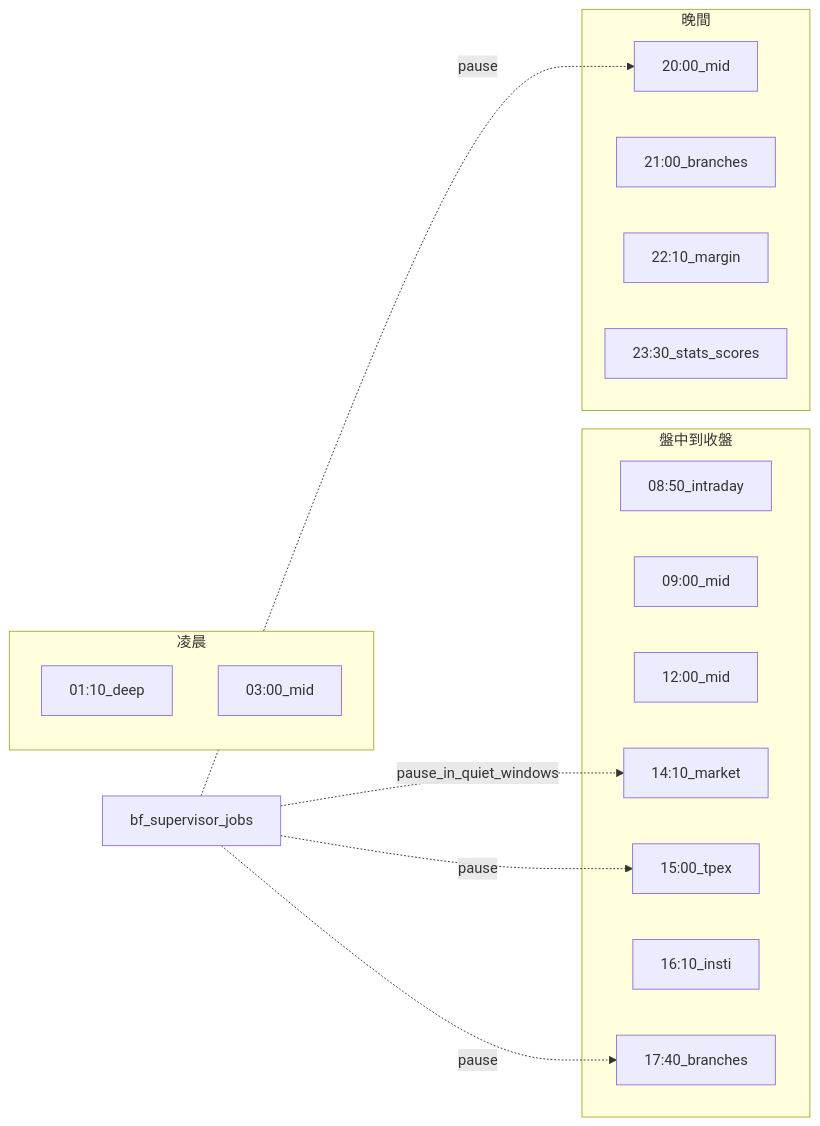
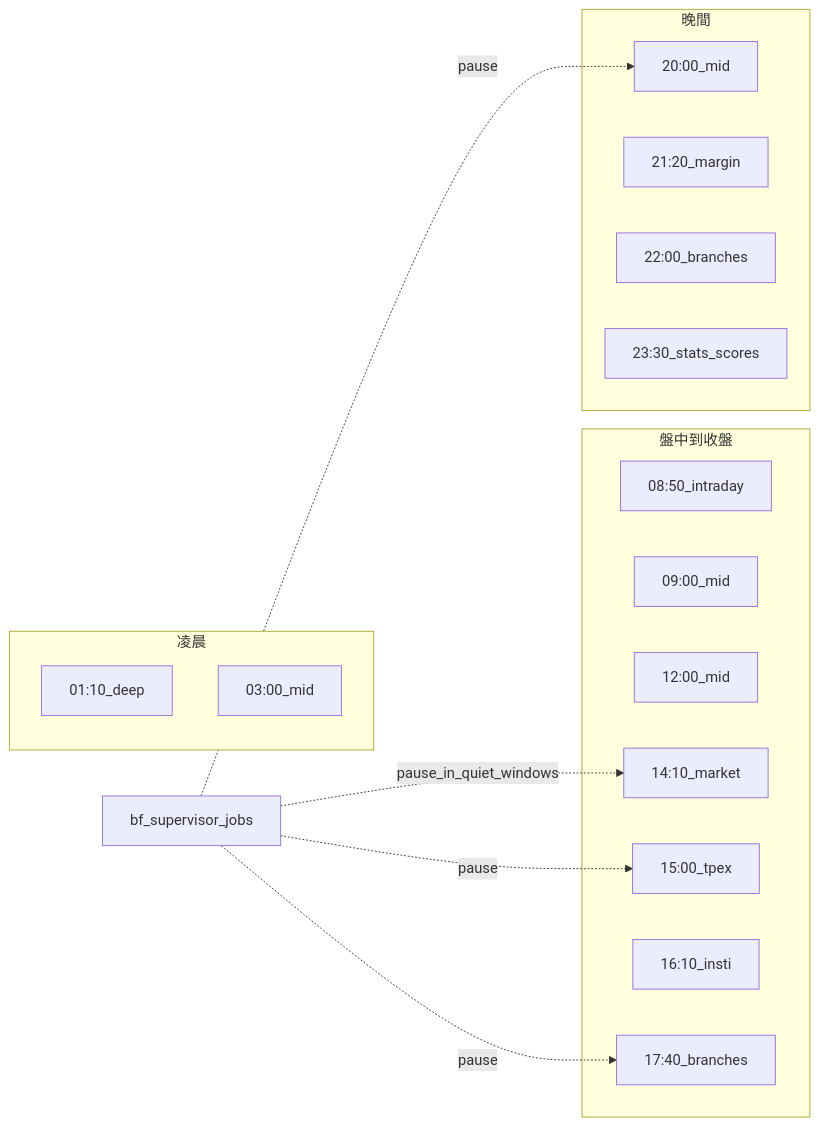
One commit to bbdevin/trever-radar changed the second of 2 diagrams in docs/35_vps_schedule_architecture.md. Above: the diagram before and after it, drawn with Mermaid. The commit also changed other lines of this file and 4 other files, not shown here.

````diff
--- a/docs/35_vps_schedule_architecture.md
+++ b/docs/35_vps_schedule_architecture.md
@@ -87,27 +87,27 @@
 ```mermaid
 flowchart LR
   subgraph night [凌晨]
     d0110[01:10_deep]
     m0300[03:00_mid]
   end
   subgraph day [盤中到收盤]
     w0850[08:50_intraday]
     m09[09:00_mid]
     m12[12:00_mid]
     d1410[14:10_market]
     d1500[15:00_tpex]
     d1610[16:10_insti]
     d1740[17:40_branches]
   end
   subgraph eve [晚間]
     m20[20:00_mid]
-    d2100[21:00_branches]
-    d2210[22:10_margin]
+    d2120[21:20_margin]
+    d2200[22:00_branches]
     s2330[23:30_stats_scores]
   end
   bf[bf_supervisor_jobs]
   bf -.->|pause_in_quiet_windows| d1410
   bf -.->|pause| d1500
   bf -.->|pause| d1740
   bf -.->|pause| m20
 ```
````
